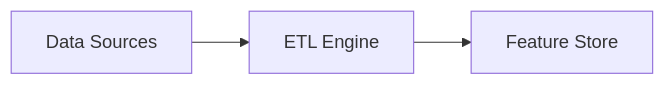
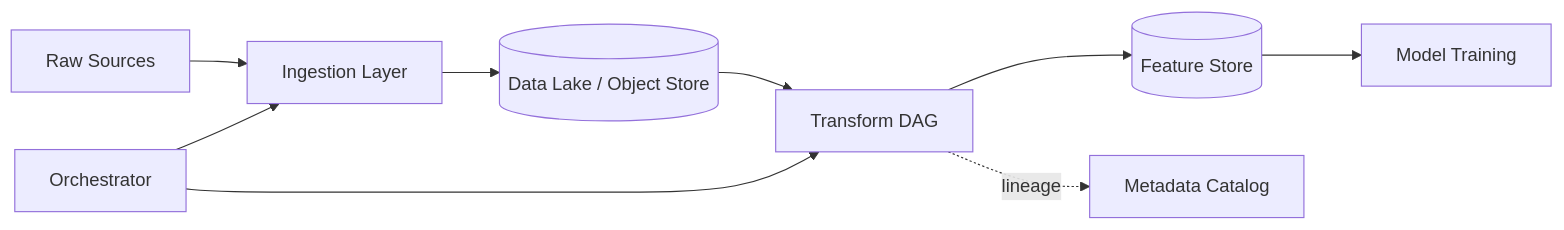
One commit to huangsam/systology changed the diagram in site/content/designs/feature-etl.md. Above: the diagram before and after it, drawn with Mermaid. The commit also changed other lines of this file, not shown here.

Commit message:
Implement feature-etl.md

```diff
--- a/site/content/designs/feature-etl.md
+++ b/site/content/designs/feature-etl.md
@@ -22,5 +22,11 @@
 {{< mermaid >}}
 graph LR
-  Sources[Data Sources] --> ETL[ETL Engine]
-  ETL --> Store[Feature Store]
+  Raw[Raw Sources] --> Ingest[Ingestion Layer]
+  Ingest --> Lake[(Data Lake / Object Store)]
+  Lake --> Transform[Transform DAG]
+  Transform --> FeatureStore[(Feature Store)]
+  FeatureStore --> Training[Model Training]
+  Scheduler[Orchestrator] --> Ingest
+  Scheduler --> Transform
+  Transform -.->|lineage| Catalog[Metadata Catalog]
 {{< /mermaid >}}
```
